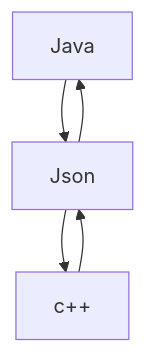
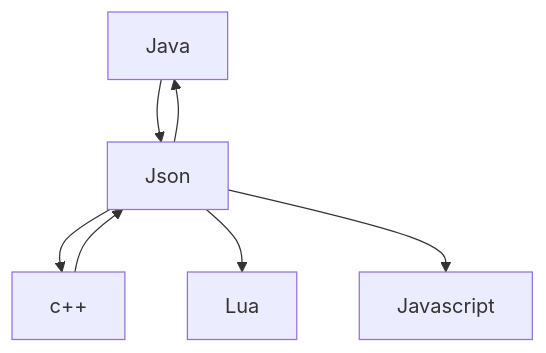
Before and after one commit to HamiltonVentura/Logica-Serializacao-Dados: the diagram in README.md, drawn with Mermaid.

````diff
--- a/README.md
+++ b/README.md
@@ -13,7 +13,9 @@
 ```mermaid
 graph TD;
     Java-->Json;
     c++-->Json;
     Json-->Java;
-    Json-->c++;  
+    Json-->c++;
+    Json-->Lua;
+    Json-->Javascript
 ```
````
